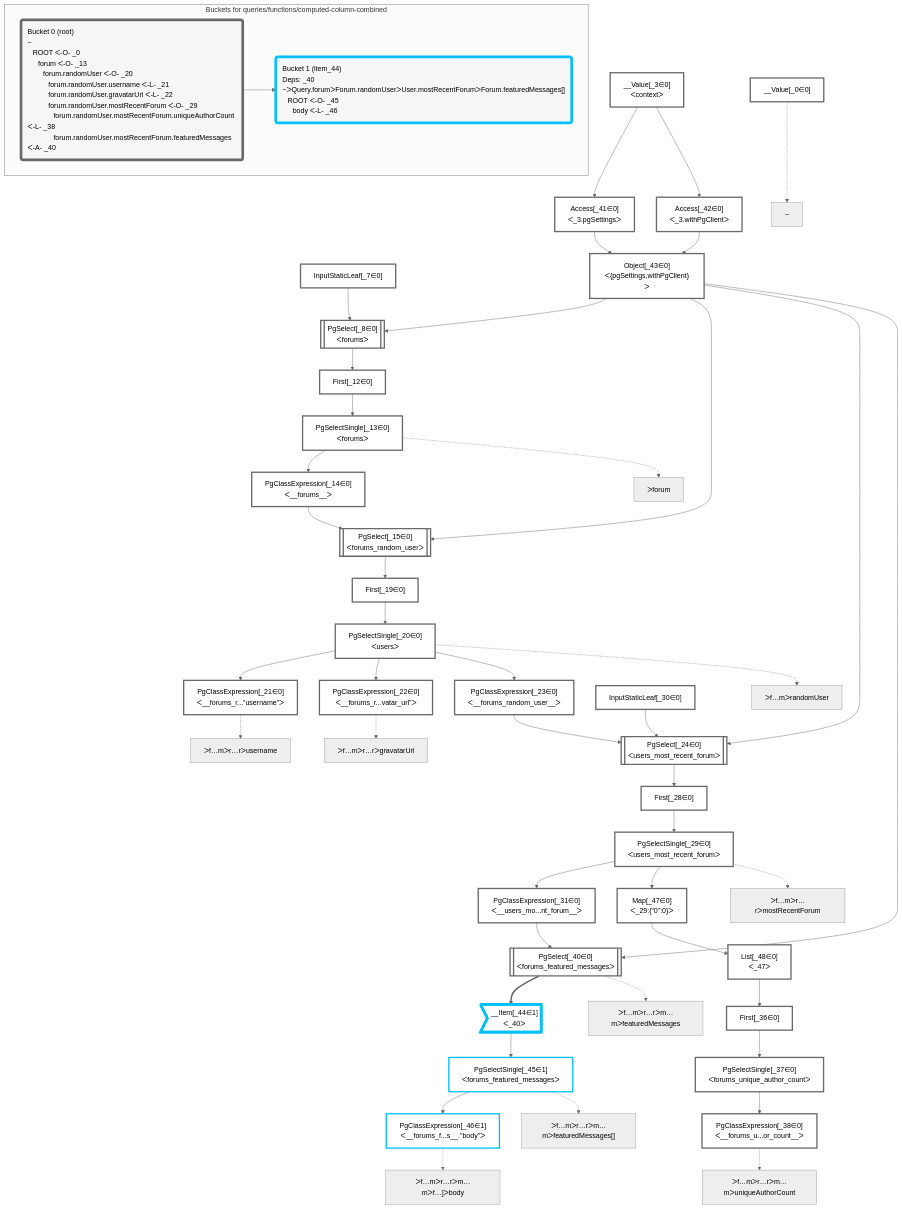
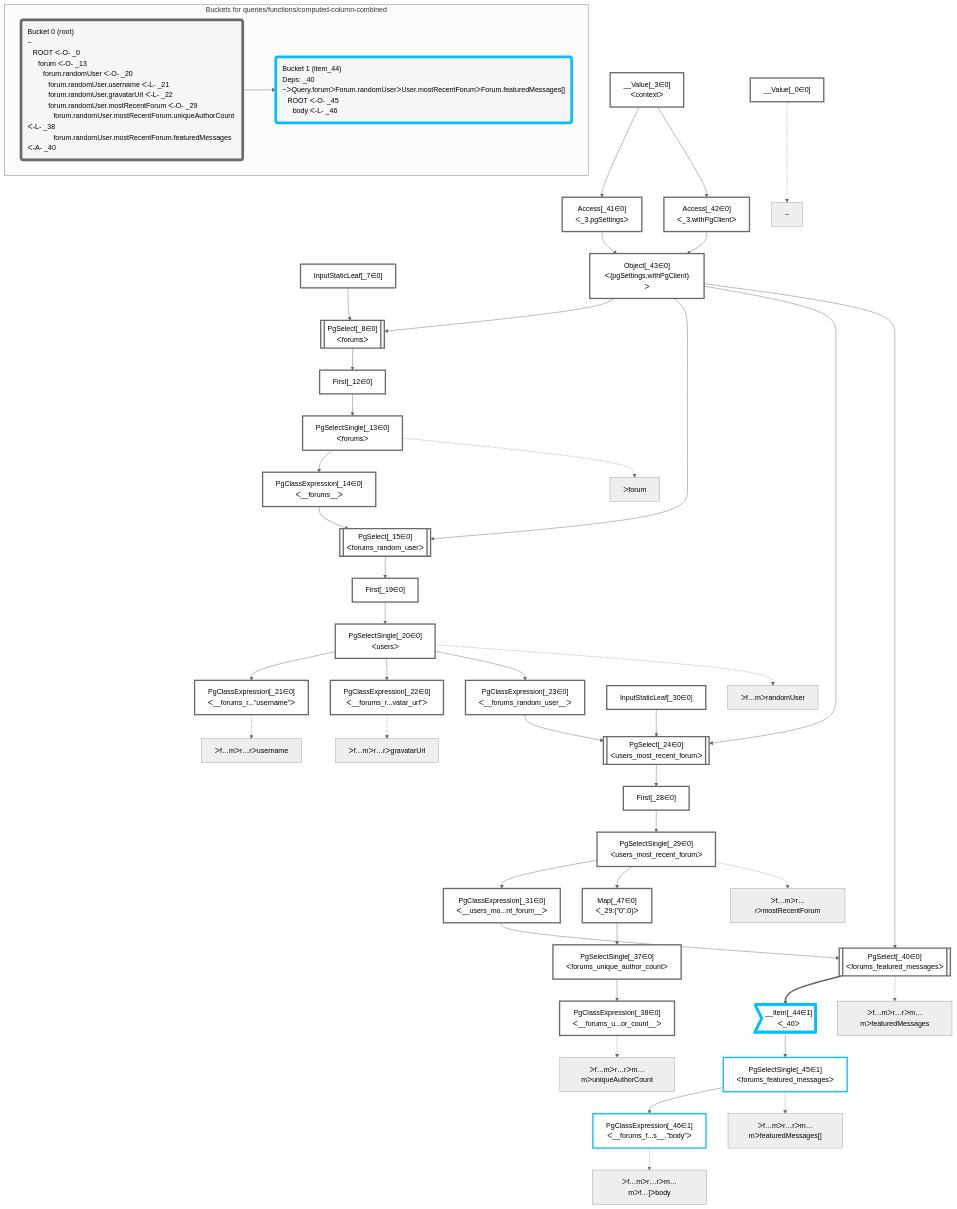
Before and after one commit to graphile/crystal: the diagram in packages/dataplan-pg/__tests__/queries/functions/computed-column-combined.deopt.mermaid.md, drawn with Mermaid (neutral theme). The commit also changed 67 other files, not shown here.

```diff
--- a/packages/dataplan-pg/__tests__/queries/functions/computed-column-combined.deopt.mermaid.md
+++ b/packages/dataplan-pg/__tests__/queries/functions/computed-column-combined.deopt.mermaid.md
@@ -26,7 +26,6 @@
     PgSelectSingle_29["PgSelectSingle[_29∈0]<br />ᐸusers_most_recent_forumᐳ"]:::plan
     InputStaticLeaf_30["InputStaticLeaf[_30∈0]"]:::plan
     PgClassExpression_31["PgClassExpression[_31∈0]<br />ᐸ__users_mo...nt_forum__ᐳ"]:::plan
-    First_36["First[_36∈0]"]:::plan
     PgSelectSingle_37["PgSelectSingle[_37∈0]<br />ᐸforums_unique_author_countᐳ"]:::plan
     PgClassExpression_38["PgClassExpression[_38∈0]<br />ᐸ__forums_u...or_count__ᐳ"]:::plan
     PgSelect_40[["PgSelect[_40∈0]<br />ᐸforums_featured_messagesᐳ"]]:::plan
@@ -37,7 +36,6 @@
     PgSelectSingle_45["PgSelectSingle[_45∈1]<br />ᐸforums_featured_messagesᐳ"]:::plan
     PgClassExpression_46["PgClassExpression[_46∈1]<br />ᐸ__forums_f...s__.”body”ᐳ"]:::plan
     Map_47["Map[_47∈0]<br />ᐸ_29:{”0”:0}ᐳ"]:::plan
-    List_48["List[_48∈0]<br />ᐸ_47ᐳ"]:::plan
 
     %% plan dependencies
     Object_43 --> PgSelect_8
@@ -58,8 +56,7 @@
     PgSelect_24 --> First_28
     First_28 --> PgSelectSingle_29
     PgSelectSingle_29 --> PgClassExpression_31
-    List_48 --> First_36
-    First_36 --> PgSelectSingle_37
+    Map_47 --> PgSelectSingle_37
     PgSelectSingle_37 --> PgClassExpression_38
     Object_43 --> PgSelect_40
     PgClassExpression_31 --> PgSelect_40
@@ -71,7 +68,6 @@
     __Item_44 --> PgSelectSingle_45
     PgSelectSingle_45 --> PgClassExpression_46
     PgSelectSingle_29 --> Map_47
-    Map_47 --> List_48
 
     %% plan-to-path relationships
     P_0["~"]
@@ -97,7 +93,7 @@
 
     %% allocate buckets
     classDef bucket0 stroke:#696969
-    class __Value_0,__Value_3,InputStaticLeaf_7,PgSelect_8,First_12,PgSelectSingle_13,PgClassExpression_14,PgSelect_15,First_19,PgSelectSingle_20,PgClassExpression_21,PgClassExpression_22,PgClassExpression_23,PgSelect_24,First_28,PgSelectSingle_29,InputStaticLeaf_30,PgClassExpression_31,First_36,PgSelectSingle_37,PgClassExpression_38,PgSelect_40,Access_41,Access_42,Object_43,Map_47,List_48 bucket0
+    class __Value_0,__Value_3,InputStaticLeaf_7,PgSelect_8,First_12,PgSelectSingle_13,PgClassExpression_14,PgSelect_15,First_19,PgSelectSingle_20,PgClassExpression_21,PgClassExpression_22,PgClassExpression_23,PgSelect_24,First_28,PgSelectSingle_29,InputStaticLeaf_30,PgClassExpression_31,PgSelectSingle_37,PgClassExpression_38,PgSelect_40,Access_41,Access_42,Object_43,Map_47 bucket0
     classDef bucket1 stroke:#00bfff
     class __Item_44,PgSelectSingle_45,PgClassExpression_46 bucket1
 
```
